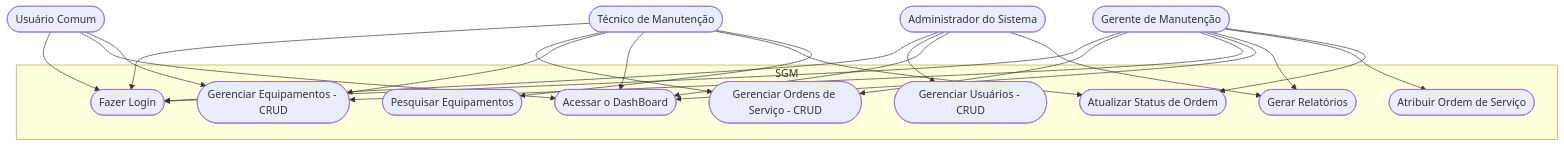
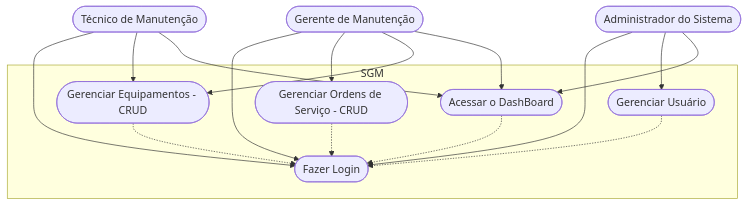
The second of 3 diagrams in FrameWorks/Next/formativa-sgm/README.md (Mathdadz9/CursoFrontEnd), drawn with Mermaid before and after one commit. The commit also changed other lines of this file and 9 other files, not shown here.

````diff
--- a/FrameWorks/Next/formativa-sgm/README.md
+++ b/FrameWorks/Next/formativa-sgm/README.md
@@ -86,44 +100,33 @@
 ```mermaid
 graph TD
     subgraph "SGM"
-        UC1([Fazer Login])
-        UC2([Gerenciar Ordens de Serviço - CRUD])
-        UC3([Gerenciar Equipamentos - CRUD])
-        UC4([Gerenciar Usuários - CRUD])
-        UC5([Acessar o DashBoard])
-        UC6([Gerar Relatórios])
-        UC7([Atribuir Ordem de Serviço])
-        UC8([Atualizar Status de Ordem])
-        UC9([Pesquisar Equipamentos])
+        caso1([Fazer Login])
+        caso2([Gerenciar Ordens de Serviço - CRUD])
+        caso3([Gerenciar Equipamentos - CRUD])
+        caso4([Gerenciar Usuário])
+        caso5([Acessar o DashBoard])
     end
 
     Tecnico([Técnico de Manutenção])
     Gestor([Gerente de Manutenção])
     Admin([Administrador do Sistema])
-    Usuario([Usuário Comum])
 
-    %% === Relacionamentos ===
-    Tecnico --> UC1
-    Tecnico --> UC2
-    Tecnico --> UC3
-    Tecnico --> UC5
-    Tecnico --> UC8
-    Tecnico --> UC9
+    Tecnico --> caso1 
+    Tecnico --> caso3
+    Tecnico --> caso5
 
-    Gestor --> UC1
-    Gestor --> UC2
-    Gestor --> UC3
-    Gestor --> UC5
-    Gestor --> UC6
-    Gestor --> UC7
-    Gestor --> UC8
+    Gestor --> caso1
+    Gestor --> caso2
+    Gestor --> caso3
+    Gestor --> caso5
 
-    Admin --> UC1
-    Admin --> UC4
-    Admin --> UC5
-    Admin --> UC6
+    Admin --> caso1
+    Admin --> caso4
+    Admin --> caso5
 
-    Usuario --> UC1
-    Usuario --> UC5
-    Usuario --> UC3
+    caso2 -.-> caso1
+    caso3 -.-> caso1
+    caso4 -.-> caso1
+    caso5 -.-> caso1
+
 ```
````
